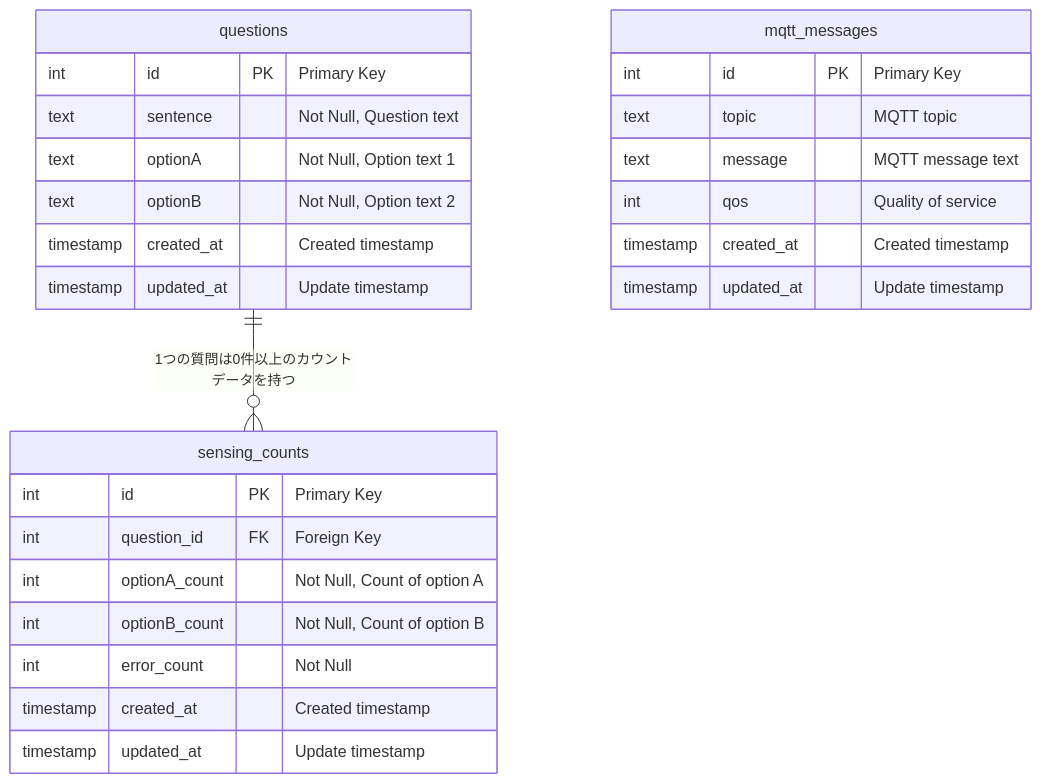
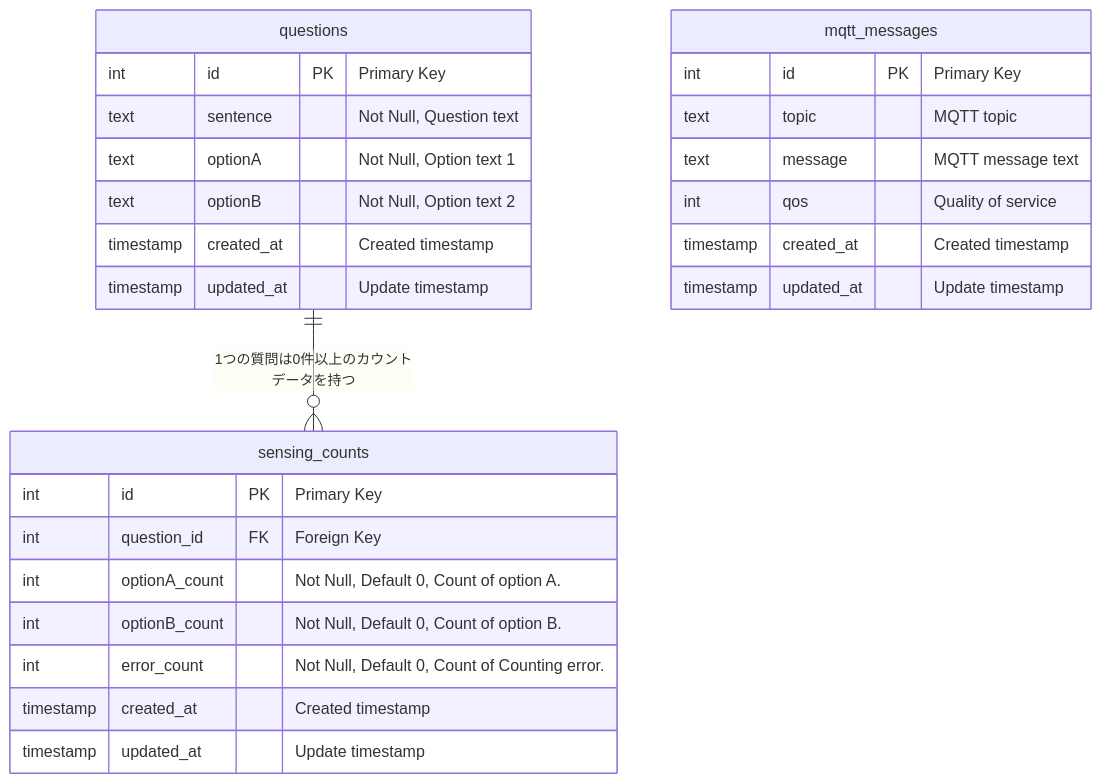
One commit to Hhelibebcnofne/escalator-enquete changed the diagram in docs/db.md. Above: the diagram before and after it, drawn with Mermaid. The commit also changed 2 other files, not shown here.

Commit message:
feat: Add sensing_counts table with default values for counts in the database

````diff
--- a/docs/db.md
+++ b/docs/db.md
@@ -5,34 +5,34 @@
 ```mermaid
 erDiagram
 
     questions {
         int id PK "Primary Key"
         text sentence "Not Null, Question text"
         text optionA "Not Null, Option text 1"
         text optionB "Not Null, Option text 2"
         timestamp created_at "Created timestamp"
         timestamp updated_at "Update timestamp"
     }
 
     sensing_counts {
         int id PK "Primary Key"
         int question_id FK "Foreign Key"
-        int optionA_count "Not Null, Count of option A"
-        int optionB_count "Not Null, Count of option B"
-        int error_count "Not Null"
+        int optionA_count "Not Null, Default 0, Count of option A."
+        int optionB_count "Not Null, Default 0, Count of option B."
+        int error_count "Not Null, Default 0, Count of Counting error."
         timestamp created_at "Created timestamp"
         timestamp updated_at "Update timestamp"
     }
 
     mqtt_messages {
         int id PK "Primary Key"
         text topic "MQTT topic"
         text message "MQTT message text"
         int qos "Quality of service"
         timestamp created_at "Created timestamp"
         timestamp updated_at "Update timestamp"
     }
 
     questions ||--o{ sensing_counts : "1つの質問は0件以上のカウントデータを持つ"
 
 ```
````
